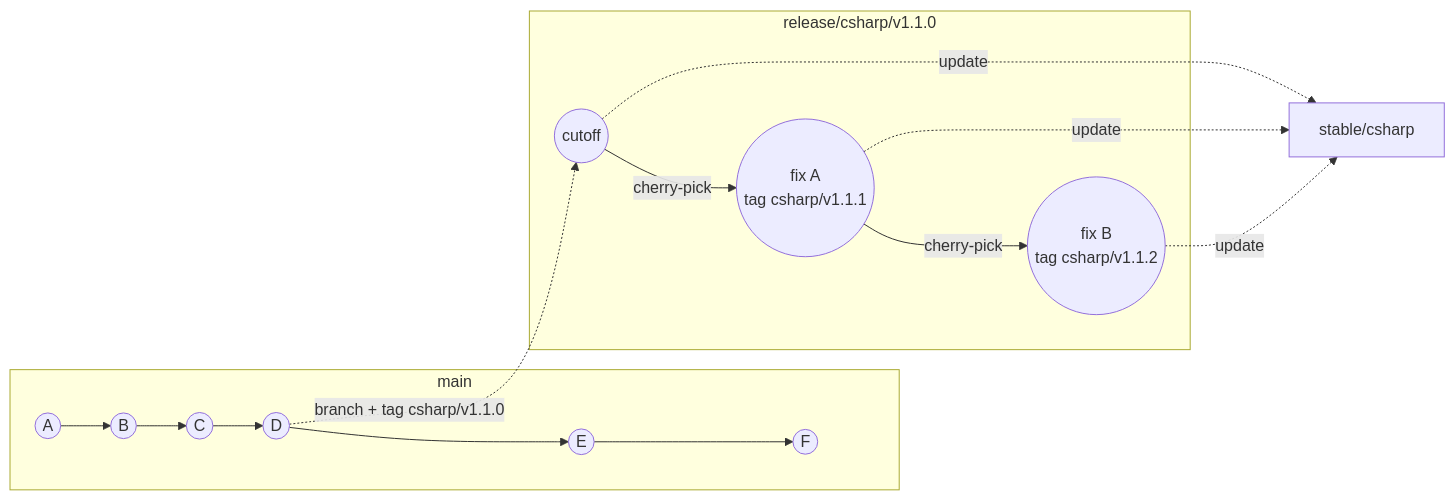
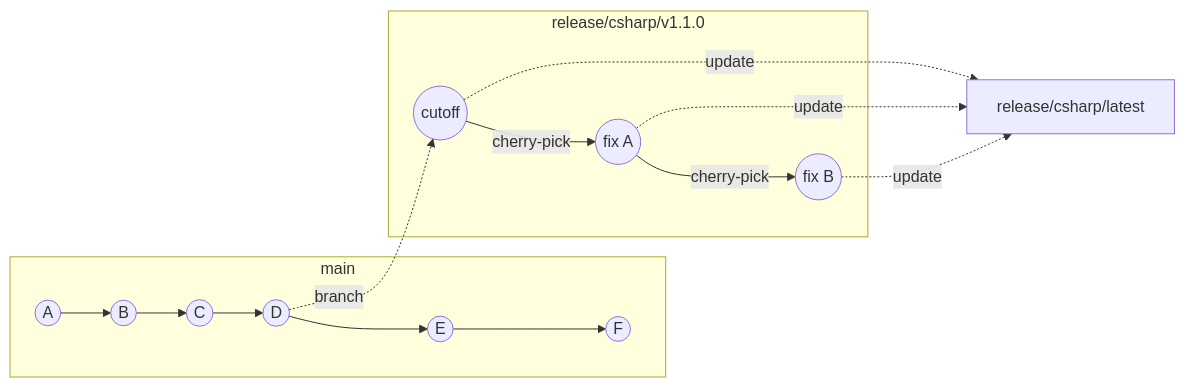
The diagram in csharp/RELEASE_PROCESS.md (adbc-drivers/databricks), drawn with Mermaid before and after one commit. The commit also changed other lines of this file, not shown here.

First line of the commit message:
docs(csharp): update release process: latest branch, no tags, branch protection

````diff
--- a/csharp/RELEASE_PROCESS.md
+++ b/csharp/RELEASE_PROCESS.md
@@ -52,14 +51,14 @@
 ```mermaid
 flowchart LR
     subgraph main
         A((A)) --> B((B)) --> C((C)) --> D((D)) --> E((E)) --> F((F))
     end
     subgraph release/csharp/v1.1.0
-        D -.->|branch + tag csharp/v1.1.0| R1((cutoff))
-        R1 -->|cherry-pick| R2((fix A\ntag csharp/v1.1.1))
-        R2 -->|cherry-pick| R3((fix B\ntag csharp/v1.1.2))
+        D -.->|branch| R1((cutoff))
+        R1 -->|cherry-pick| R2((fix A))
+        R2 -->|cherry-pick| R3((fix B))
     end
-    R1 -.->|update| STABLE[stable/csharp]
-    R2 -.->|update| STABLE
-    R3 -.->|update| STABLE
+    R1 -.->|update| LATEST[release/csharp/latest]
+    R2 -.->|update| LATEST
+    R3 -.->|update| LATEST
 ```
````
